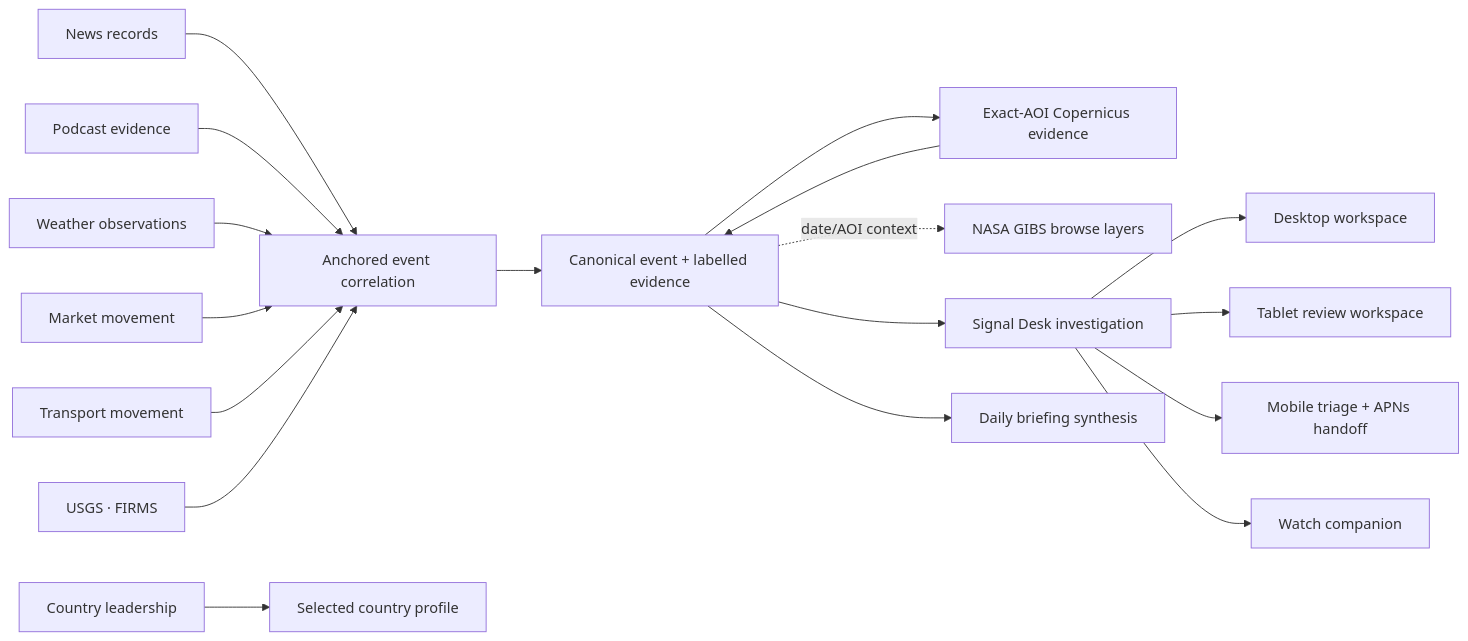
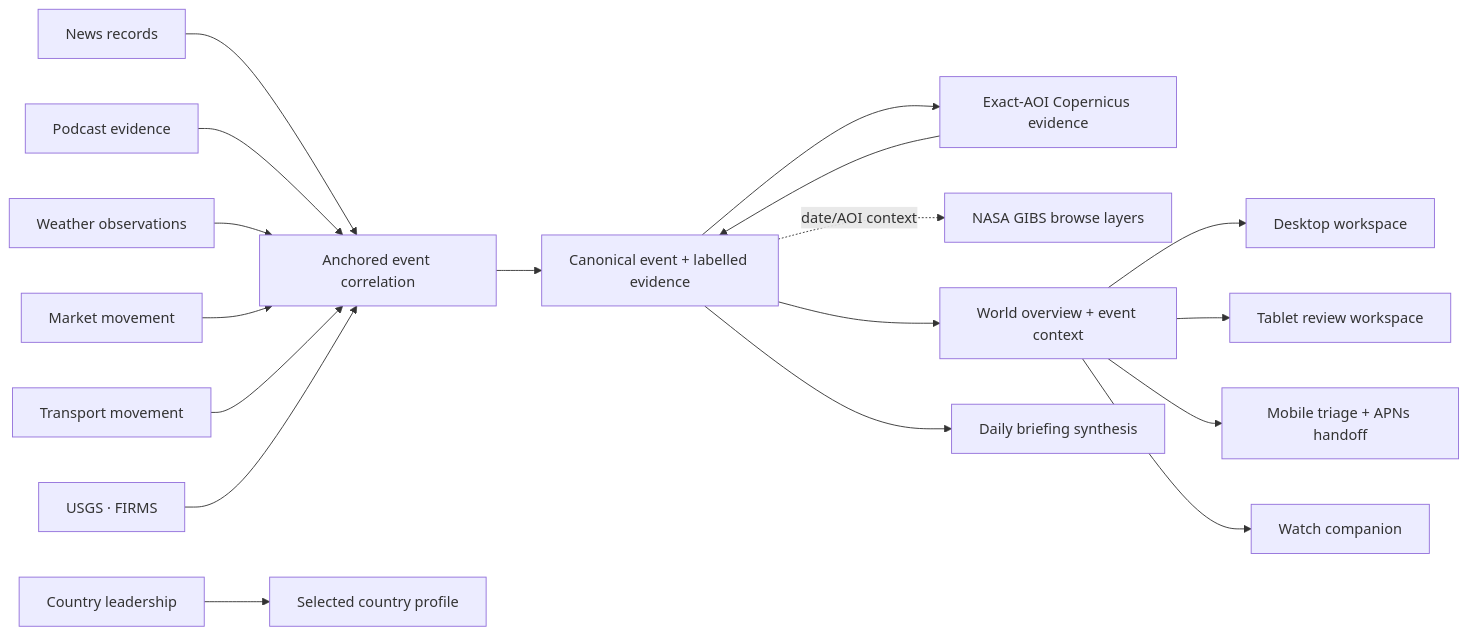
Before and after one commit to eojgroup/claritas: the first of 2 diagrams in docs/architecture/cross-device-design.md, drawn with Mermaid. The commit also changed other lines of this file and 27 other files, not shown here.

Commit message:
Integrate world event context and restore reliable production ingestion

````diff
--- a/docs/architecture/cross-device-design.md
+++ b/docs/architecture/cross-device-design.md
@@ -20,20 +20,20 @@
 ```mermaid
 flowchart LR
   News[News records] --> Correlate[Anchored event correlation]
   Podcasts[Podcast evidence] --> Correlate
   Weather[Weather observations] --> Correlate
   Markets[Market movement] --> Correlate
   Transport[Transport movement] --> Correlate
   Official[USGS · FIRMS] --> Correlate
   Correlate --> Event[Canonical event + labelled evidence]
   Event --> EO[Exact-AOI Copernicus evidence]
   EO --> Event
   Event -. date/AOI context .-> GIBS[NASA GIBS browse layers]
-  Event --> Desk[Signal Desk investigation]
+  Event --> Desk[World overview + event context]
   Event --> Brief[Daily briefing synthesis]
   Leadership[Country leadership] --> Profile[Selected country profile]
   Desk --> Web[Desktop workspace]
   Desk --> Pad[Tablet review workspace]
   Desk --> Phone[Mobile triage + APNs handoff]
   Desk --> Watch[Watch companion]
 ```
````
